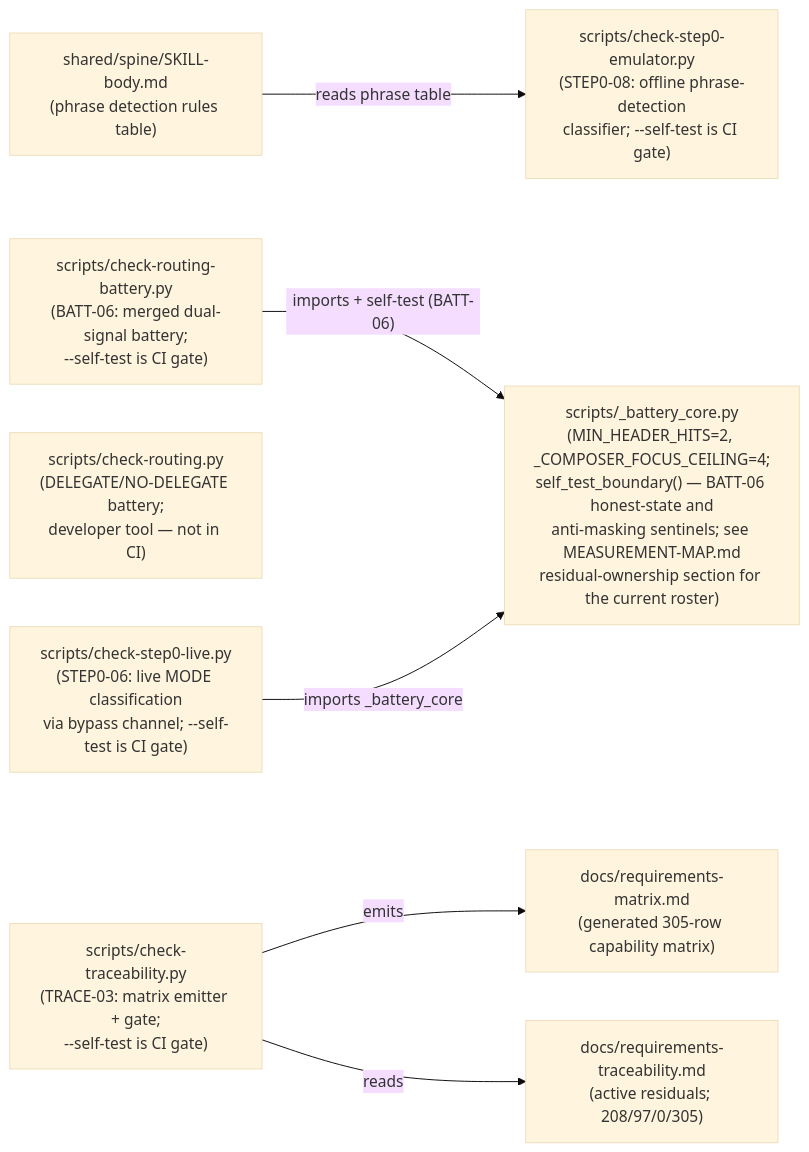
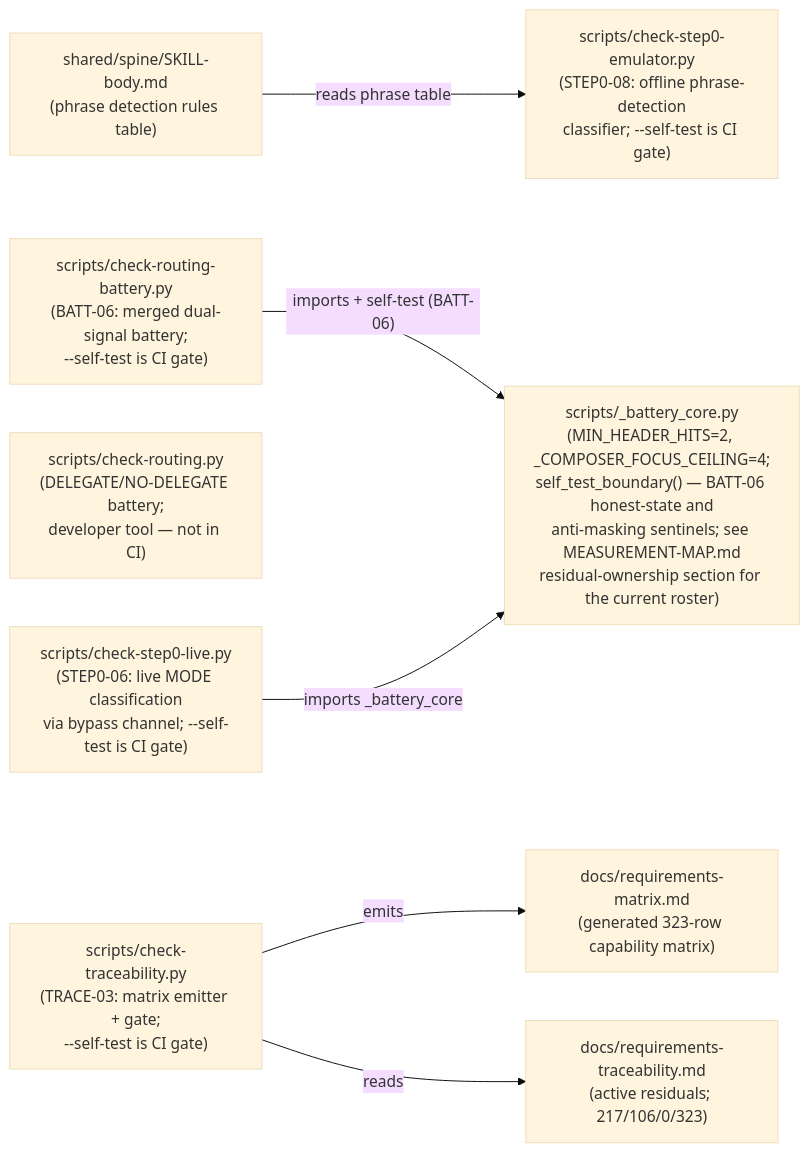
The second of 2 diagrams in docs/COMPONENT-DIAGRAM.md (chrisdavidson/first-principles-skill), drawn with Mermaid (base theme) before and after one commit. The commit also changed 10 other files, not shown here.

````diff
--- a/docs/COMPONENT-DIAGRAM.md
+++ b/docs/COMPONENT-DIAGRAM.md
@@ -84,24 +84,24 @@
 ```mermaid
 flowchart LR
     SKILLBODY["shared/spine/SKILL-body.md\n(phrase detection rules table)"]
 
     CORE["scripts/_battery_core.py\n(MIN_HEADER_HITS=2, _COMPOSER_FOCUS_CEILING=4;\nself_test_boundary() — BATT-06 honest-state and\nanti-masking sentinels; see MEASUREMENT-MAP.md\nresidual-ownership section for the current roster)"]
 
     BATT["scripts/check-routing-battery.py\n(BATT-06: merged dual-signal battery;\n--self-test is CI gate)"]
     ROUTING["scripts/check-routing.py\n(DELEGATE/NO-DELEGATE battery;\ndeveloper tool — not in CI)"]
 
     EMU["scripts/check-step0-emulator.py\n(STEP0-08: offline phrase-detection\nclassifier; --self-test is CI gate)"]
     LIVE["scripts/check-step0-live.py\n(STEP0-06: live MODE classification\nvia bypass channel; --self-test is CI gate)"]
 
     TRACE["scripts/check-traceability.py\n(TRACE-03: matrix emitter + gate;\n--self-test is CI gate)"]
-    MATRIX["docs/requirements-matrix.md\n(generated 305-row capability matrix)"]
-    TRACEABILITY["docs/requirements-traceability.md\n(active residuals; 208/97/0/305)"]
+    MATRIX["docs/requirements-matrix.md\n(generated 323-row capability matrix)"]
+    TRACEABILITY["docs/requirements-traceability.md\n(active residuals; 217/106/0/323)"]
 
     SKILLBODY -->|"reads phrase table"| EMU
 
     BATT -->|"imports + self-test (BATT-06)"| CORE
     LIVE -->|"imports _battery_core"| CORE
 
     TRACE -->|"emits"| MATRIX
     TRACE -->|"reads"| TRACEABILITY
 ```
````
